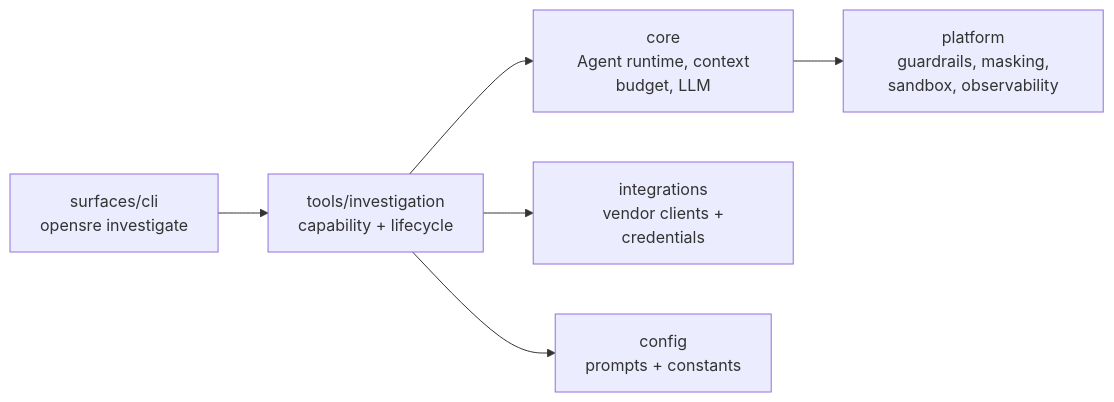
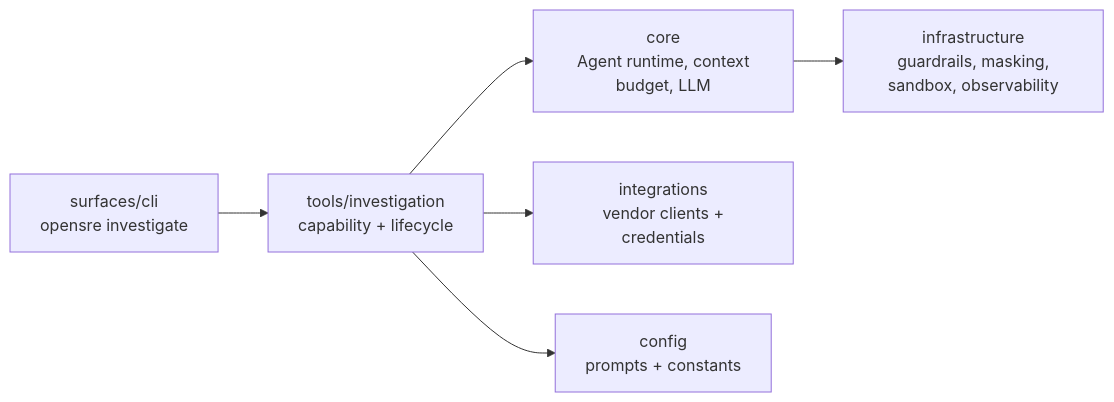
Before and after one commit to Tracer-Cloud/open-sre-agent: the second of 3 diagrams in docs/ARCHITECTURE.md, drawn with Mermaid. The commit also changed other lines of this file and 21 other files, not shown here.

````diff
--- a/docs/ARCHITECTURE.md
+++ b/docs/ARCHITECTURE.md
@@ -185,8 +186,8 @@
 ```mermaid
 flowchart LR
     A["surfaces/cli\n opensre investigate"] --> B["tools/investigation\n capability + lifecycle"]
     B --> C["core\n Agent runtime, context budget, LLM"]
     B --> D["integrations\n vendor clients + credentials"]
-    C --> E["platform\n guardrails, masking, sandbox, observability"]
+    C --> E["infrastructure\n guardrails, masking, sandbox, observability"]
     B --> F["config\n prompts + constants"]
 ```
````
